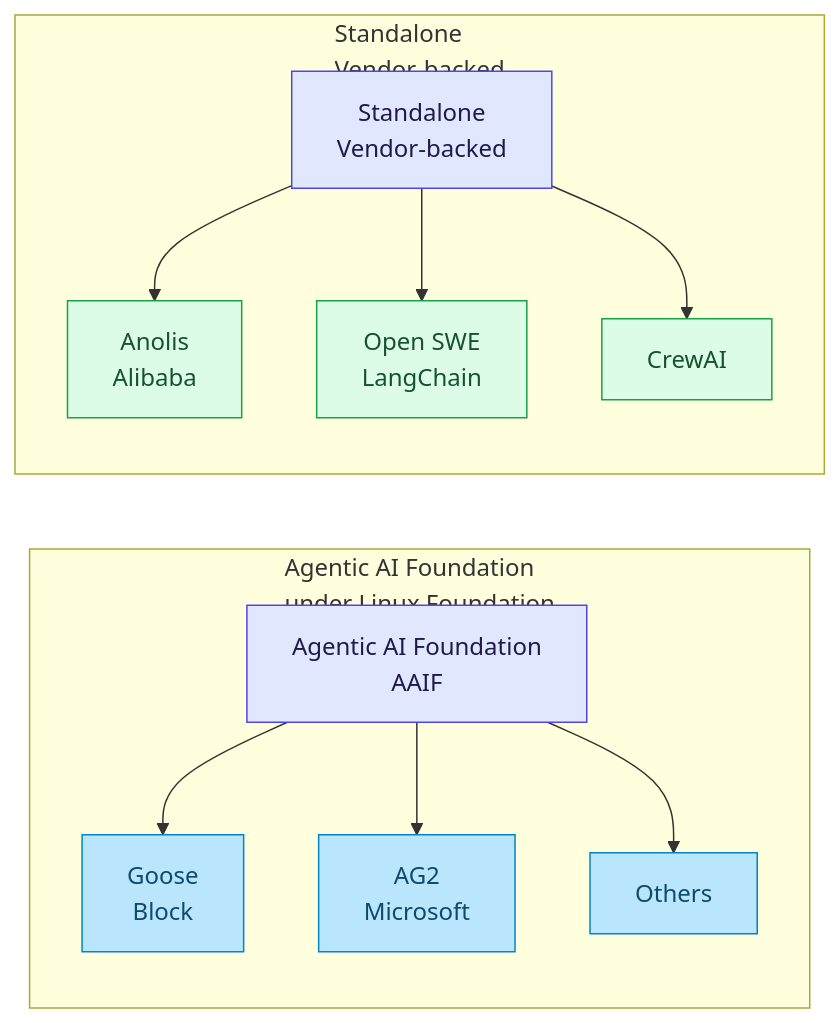
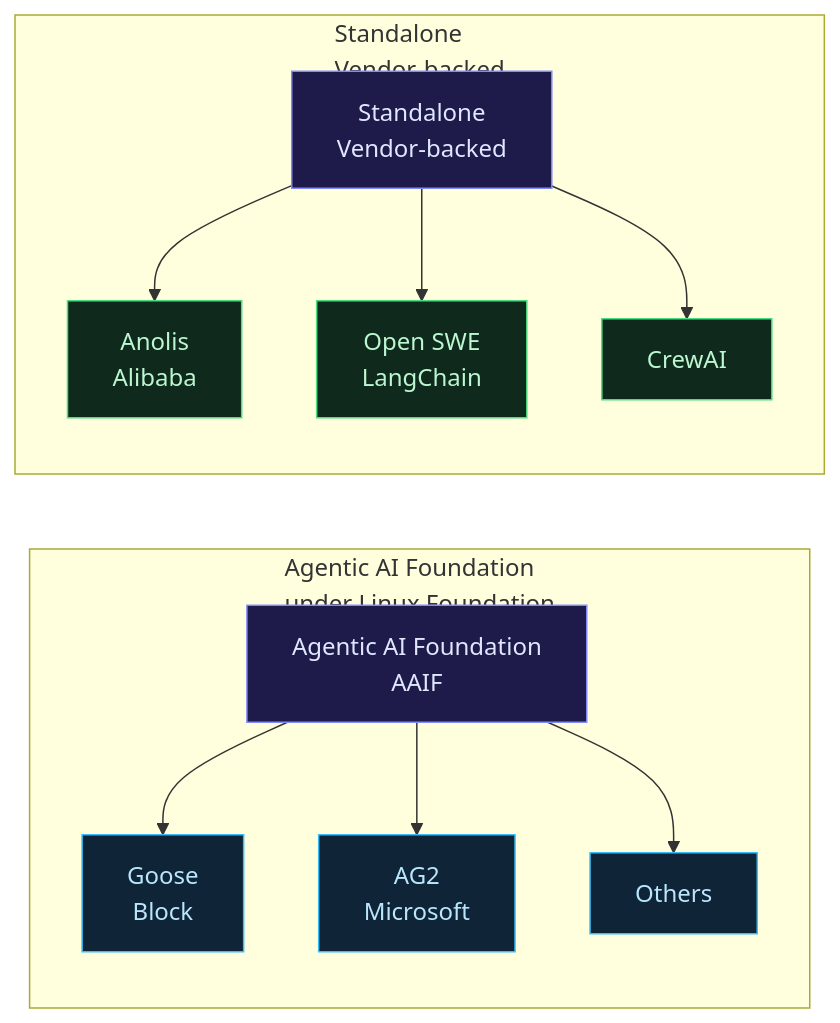
One commit to arifbazli/malay-tech-journal changed the first of 4 diagrams in src/content/posts/en/age-04-agent-os-goose.md. Above: the diagram before and after it, drawn with Mermaid. The commit also changed other lines of this file and 16 other files, not shown here.

First line of the commit message:
fix(mermaid): fix light-theme colors and rendering bugs across all diagrams

````diff
--- a/src/content/posts/en/age-04-agent-os-goose.md
+++ b/src/content/posts/en/age-04-agent-os-goose.md
@@ -36,26 +35,26 @@
 ```mermaid
 flowchart LR
   subgraph aaif [Agentic AI Foundation<br/>under Linux Foundation]
     direction TB
     AAIF[Agentic AI Foundation<br/>AAIF]:::foundation
     G[Goose<br/>Block]:::project
     AG[AG2<br/>Microsoft]:::project
     O1[Others]:::project
     AAIF --> G
     AAIF --> AG
     AAIF --> O1
   end
   subgraph standalone [Standalone<br/>Vendor-backed]
     direction TB
     SB[Standalone<br/>Vendor-backed]:::foundation
     AN[Anolis<br/>Alibaba]:::standalone
     OS[Open SWE<br/>LangChain]:::standalone
     CR[CrewAI]:::standalone
     SB --> AN
     SB --> OS
     SB --> CR
   end
-  classDef foundation fill:#e0e7ff,stroke:#4f46e5,color:#1e1b4b
-  classDef project fill:#bae6fd,stroke:#0284c7,color:#0c4a6e
-  classDef standalone fill:#dcfce7,stroke:#16a34a,color:#14532d
+  classDef foundation fill:#1e1b4b,stroke:#818cf8,color:#e0e7ff
+  classDef project fill:#0f2436,stroke:#38bdf8,color:#bae6fd
+  classDef standalone fill:#0f2a1c,stroke:#4ade80,color:#bbf7d0
 ```
````
